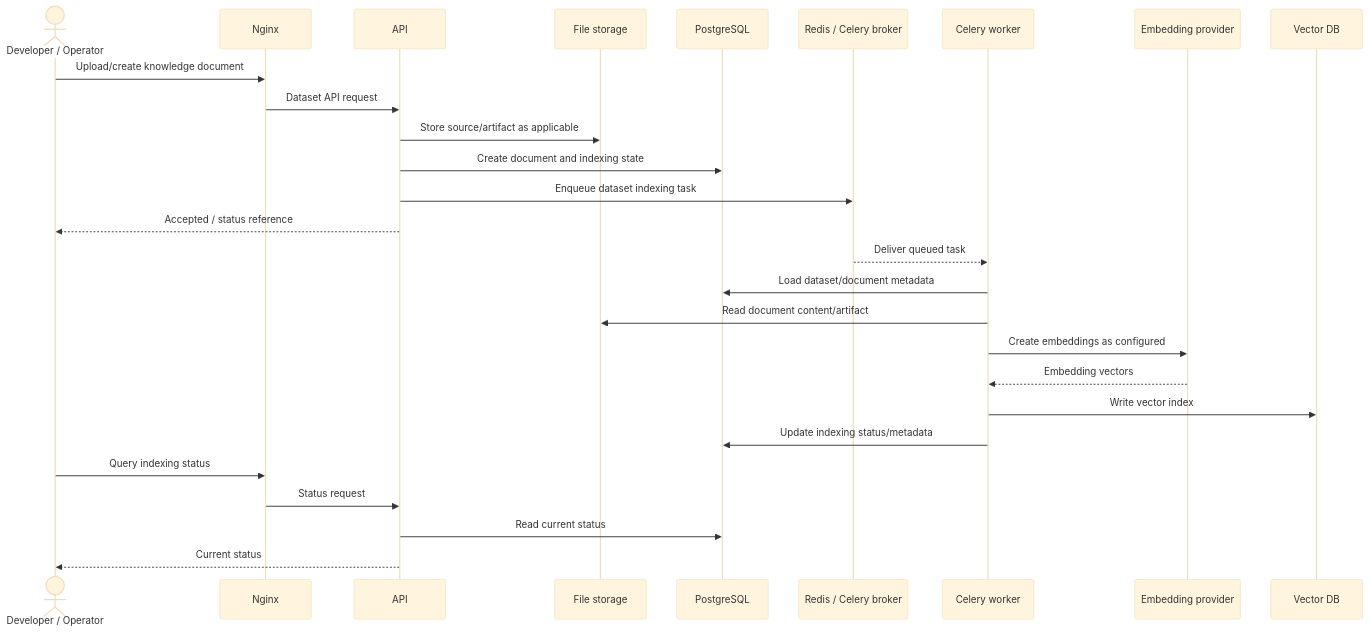
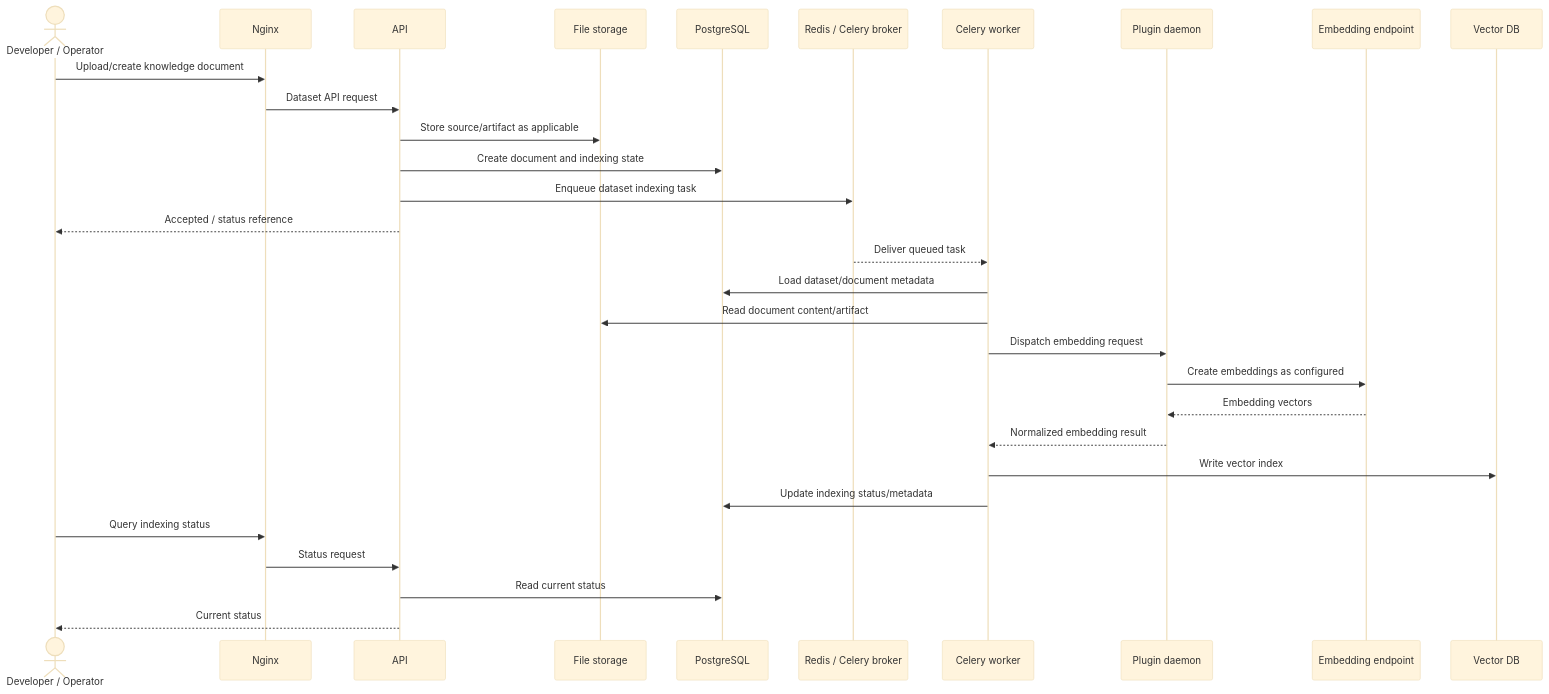
One commit to ghubprojects/dify-research changed the fifth of 5 diagrams in docs/dify-technical-guide/part-1-foundations/02-system-architecture.md. Above: the diagram before and after it, drawn with Mermaid (base theme). The commit also changed other lines of this file and 33 other files, not shown here.

````diff
--- a/docs/dify-technical-guide/part-1-foundations/02-system-architecture.md
+++ b/docs/dify-technical-guide/part-1-foundations/02-system-architecture.md
@@ -280,32 +280,35 @@
 ```mermaid
 sequenceDiagram
     actor User as Developer / Operator
     participant N as Nginx
     participant A as API
     participant F as File storage
     participant DB as PostgreSQL
     participant R as Redis / Celery broker
     participant W as Celery worker
-    participant E as Embedding provider
+    participant P as Plugin daemon
+    participant E as Embedding endpoint
     participant V as Vector DB
 
     User->>N: Upload/create knowledge document
     N->>A: Dataset API request
     A->>F: Store source/artifact as applicable
     A->>DB: Create document and indexing state
     A->>R: Enqueue dataset indexing task
     A-->>User: Accepted / status reference
 
     R-->>W: Deliver queued task
     W->>DB: Load dataset/document metadata
     W->>F: Read document content/artifact
-    W->>E: Create embeddings as configured
-    E-->>W: Embedding vectors
+    W->>P: Dispatch embedding request
+    P->>E: Create embeddings as configured
+    E-->>P: Embedding vectors
+    P-->>W: Normalized embedding result
     W->>V: Write vector index
     W->>DB: Update indexing status/metadata
 
     User->>N: Query indexing status
     N->>A: Status request
     A->>DB: Read current status
     A-->>User: Current status
 ```
````
